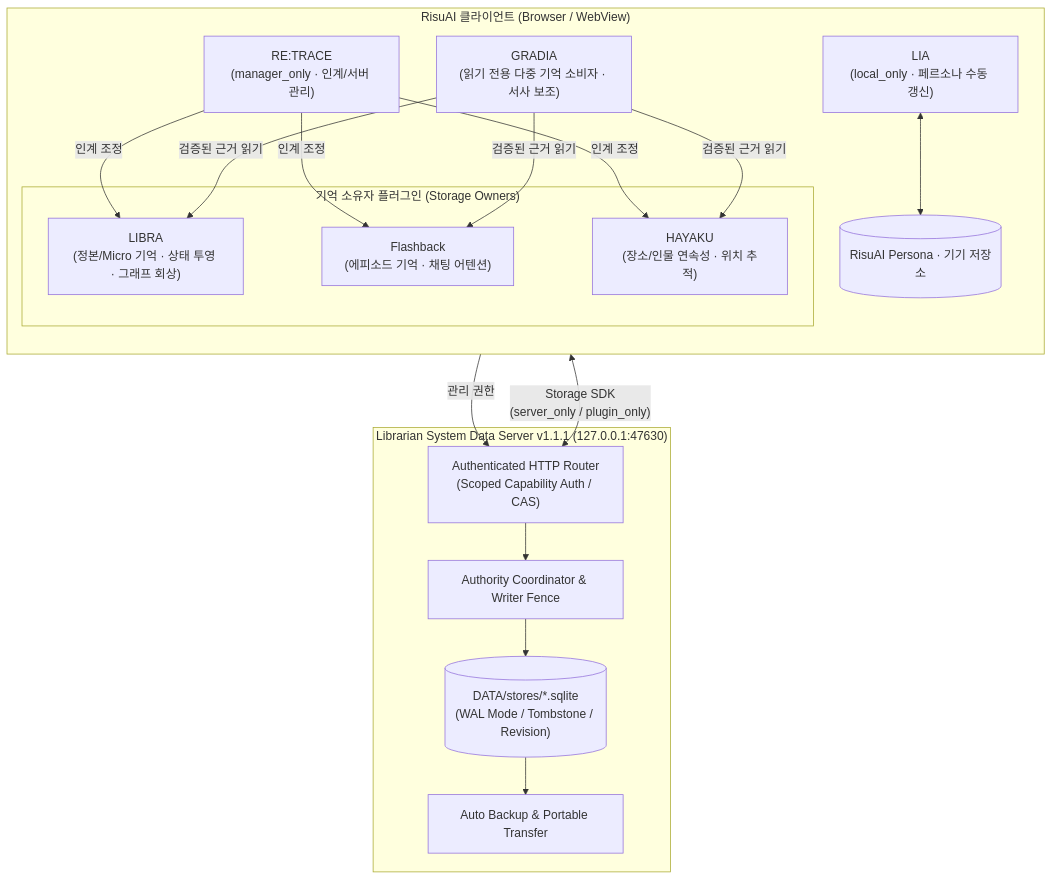
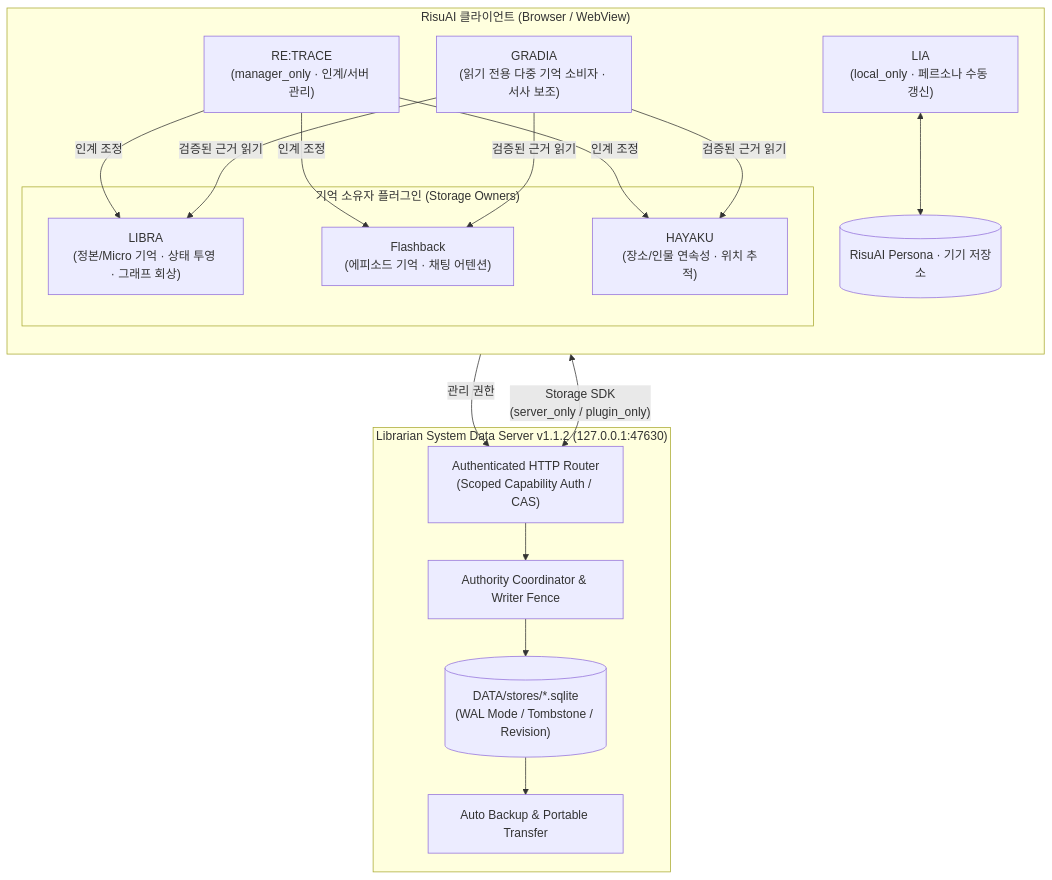
Before and after one commit to rusinus12-droid/Librarian-System: the diagram in README.md, drawn with Mermaid. The commit also changed other lines of this file and 13 other files, not shown here.

````diff
--- a/README.md
+++ b/README.md
@@ -40,30 +40,30 @@
 ```mermaid
 flowchart TB
     subgraph Host["RisuAI 클라이언트 (Browser / WebView)"]
         direction TB
         subgraph Owners["기억 소유자 플러그인 (Storage Owners)"]
             LIBRA["LIBRA<br/>(정본/Micro 기억 · 상태 투영 · 그래프 회상)"]
             FB["Flashback<br/>(에피소드 기억 · 채팅 어텐션)"]
             HAYAKU["HAYAKU<br/>(장소/인물 연속성 · 위치 추적)"]
         end
         LIA["LIA<br/>(local_only · 페르소나 수동 갱신)"]
         Persona[("RisuAI Persona · 기기 저장소")]
         LIA <--> Persona
         RETRACE["RE:TRACE<br/>(manager_only · 인계/서버 관리)"]
         RETRACE -->|인계 조정| LIBRA & FB & HAYAKU
         GRADIA["GRADIA<br/>(읽기 전용 다중 기억 소비자 · 서사 보조)"]
         GRADIA -->|검증된 근거 읽기| LIBRA & FB & HAYAKU
     end
 
-    subgraph Server["Librarian System Data Server v1.1.1 (127.0.0.1:47630)"]
+    subgraph Server["Librarian System Data Server v1.1.2 (127.0.0.1:47630)"]
         Router["Authenticated HTTP Router<br/>(Scoped Capability Auth / CAS)"]
         Coord["Authority Coordinator & Writer Fence"]
         SQLite[("DATA/stores/*.sqlite<br/>(WAL Mode / Tombstone / Revision)")]
         Backup["Auto Backup & Portable Transfer"]
         Router --> Coord --> SQLite
         SQLite --> Backup
     end
 
     Owners <-->|"Storage SDK<br/>(server_only / plugin_only)"| Router
     RETRACE -->|관리 권한| Router
 ```
````
